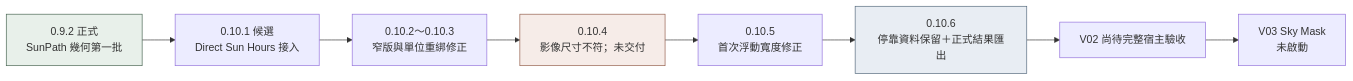
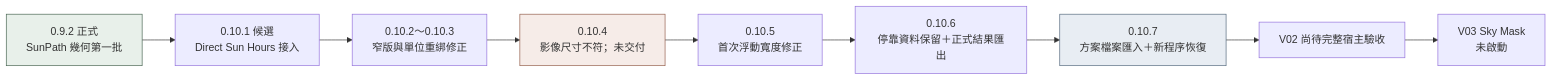
One commit to ciszon21-commits/Main changed the first of 4 diagrams in EnvironmentalSimulationHub/docs/DEVELOPMENT_HIGHLIGHTS.md. Above: the diagram before and after it, drawn with Mermaid. The commit also changed other lines of this file and 188 other files, not shown here.

````diff
--- a/EnvironmentalSimulationHub/docs/DEVELOPMENT_HIGHLIGHTS.md
+++ b/EnvironmentalSimulationHub/docs/DEVELOPMENT_HIGHLIGHTS.md
@@ -11,13 +11,14 @@
 ```mermaid
 flowchart LR
     A["0.9.2 正式<br>SunPath 幾何第一批"] --> B["0.10.1 候選<br>Direct Sun Hours 接入"]
     B --> C["0.10.2～0.10.3<br>窄版與單位重綁修正"]
     C --> D["0.10.4<br>影像尺寸不符；未交付"]
     D --> E["0.10.5<br>首次浮動寬度修正"]
     E --> F["0.10.6<br>停靠資料保留＋正式結果匯出"]
-    F --> G["V02 尚待完整宿主驗收"]
+    F --> I["0.10.7<br>方案檔案匯入＋新程序恢復"]
+    I --> G["V02 尚待完整宿主驗收"]
     G --> H["V03 Sky Mask<br>未啟動"]
     style A fill:#e8f0ea,stroke:#45624f
     style D fill:#f6ece8,stroke:#915b48
-    style F fill:#e8edf3,stroke:#52677b
+    style I fill:#e8edf3,stroke:#52677b
 ```
````
